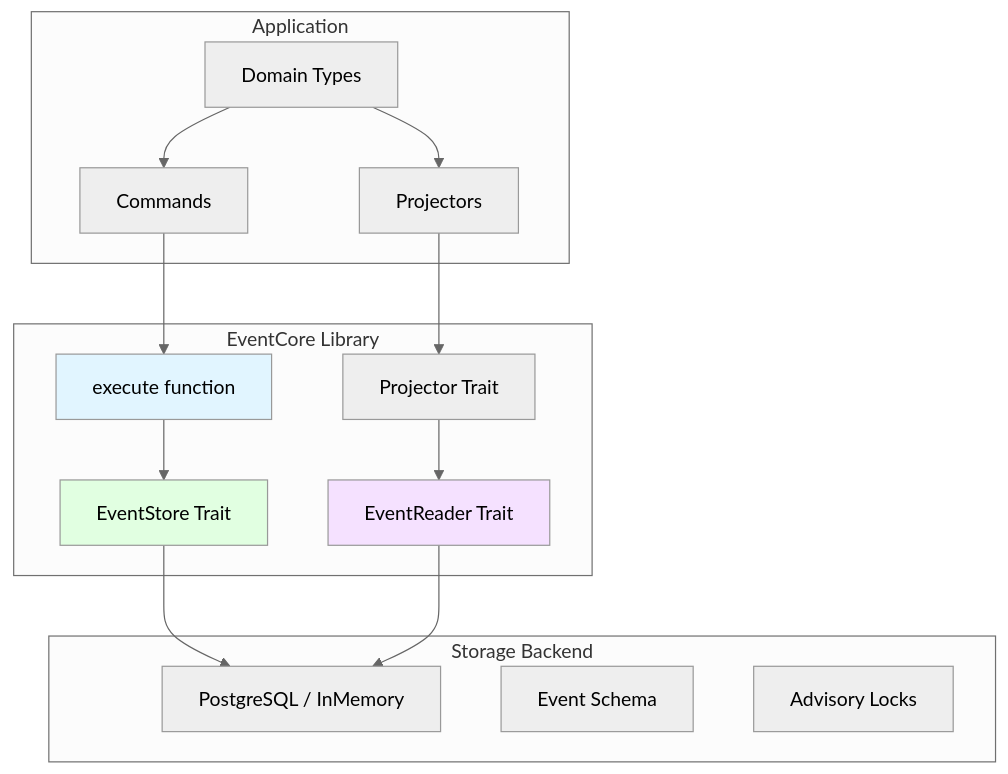
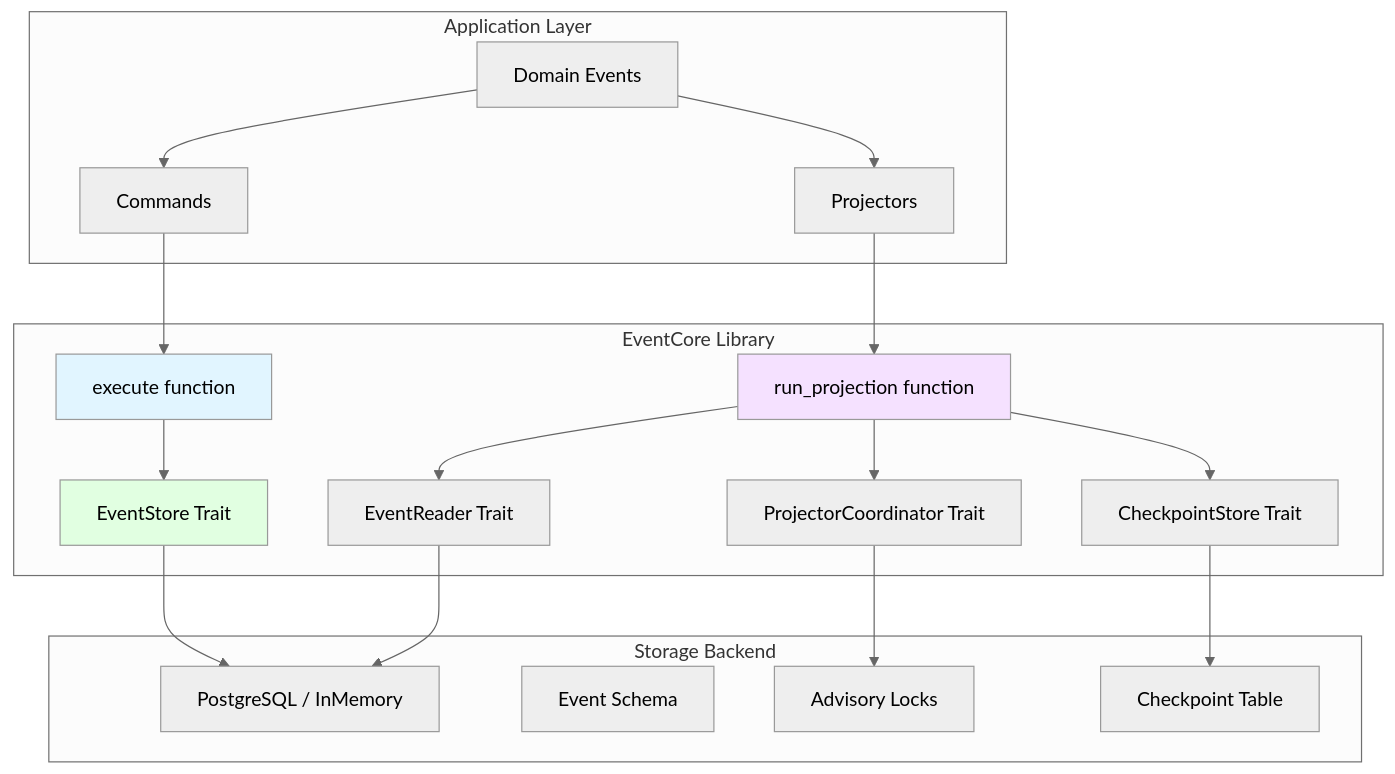
The first of 4 diagrams in docs/ARCHITECTURE.md (jwilger/eventcore), drawn with Mermaid (neutral theme) before and after one commit. The commit also changed other lines of this file and 3 other files, not shown here.

First line of the commit message:
docs: add ADR-031 and ADR-032 for black-box testing architecture (#282)

````diff
--- a/docs/ARCHITECTURE.md
+++ b/docs/ARCHITECTURE.md
@@ -796,36 +12,43 @@
 ```mermaid
 graph TB
-    subgraph Application
+    subgraph Application Layer
         Cmd[Commands]
         Proj[Projectors]
-        Domain[Domain Types]
+        Domain[Domain Events]
     end
 
     subgraph EventCore Library
         Exec[execute function]
+        RunProj[run_projection function]
         ES[EventStore Trait]
         ER[EventReader Trait]
-        PT[Projector Trait]
+        CS[CheckpointStore Trait]
+        PC[ProjectorCoordinator Trait]
     end
 
     subgraph Storage Backend
         PG[PostgreSQL / InMemory]
         Schema[Event Schema]
         Locks[Advisory Locks]
+        Checkpoints[Checkpoint Table]
     end
 
     Cmd --> Exec
     Exec --> ES
     ES --> PG
 
-    Proj --> PT
-    PT --> ER
+    Proj --> RunProj
+    RunProj --> ER
+    RunProj --> CS
+    RunProj --> PC
     ER --> PG
+    CS --> Checkpoints
+    PC --> Locks
 
     Domain --> Cmd
     Domain --> Proj
 
     style Exec fill:#e1f5ff
+    style RunProj fill:#f5e1ff
     style ES fill:#e1ffe1
-    style ER fill:#f5e1ff
 ```
````
